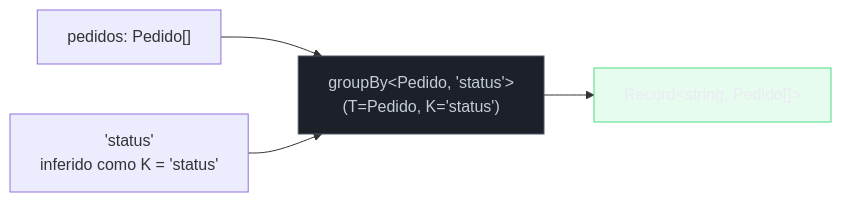
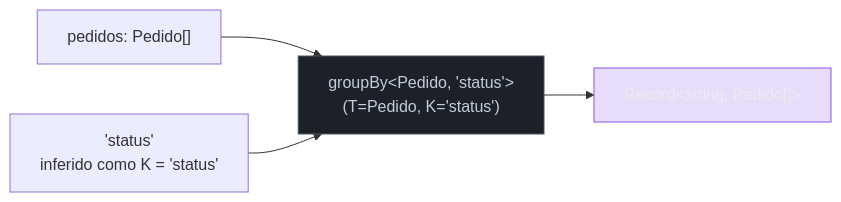
Before and after one commit to josenaldo/codex-technomanticus: the fourth of 5 diagrams in 03-Dominios/Tecnologia/TypeScript/11 - Generics - funções e constraints.md, drawn with Mermaid. The commit also changed other lines of this file and 601 other files, not shown here.

````diff
--- a/03-Dominios/Tecnologia/TypeScript/11 - Generics - funções e constraints.md
+++ b/03-Dominios/Tecnologia/TypeScript/11 - Generics - funções e constraints.md
@@ -292,16 +292,16 @@
 ```mermaid
 flowchart LR
+    classDef marca fill:#8855DF33,stroke:#8855DF,color:#E9ECF2
     classDef neutro fill:#1B2029,stroke:#4E5666,color:#C6CCD8
-    classDef ok fill:#4ADE8021,stroke:#4ADE80,color:#E9ECF2
     ARR["pedidos: Pedido[]"]
     KEY["'status'\ninferido como K = 'status'"]
     GBY["groupBy&lt;Pedido, 'status'&gt;\n(T=Pedido, K='status')"]
     OUT["Record&lt;string, Pedido[]&gt;"]
 
     ARR --> GBY
     KEY --> GBY
     GBY --> OUT
 
     class GBY neutro
-    class OUT ok
+    class OUT marca
 ```
````
